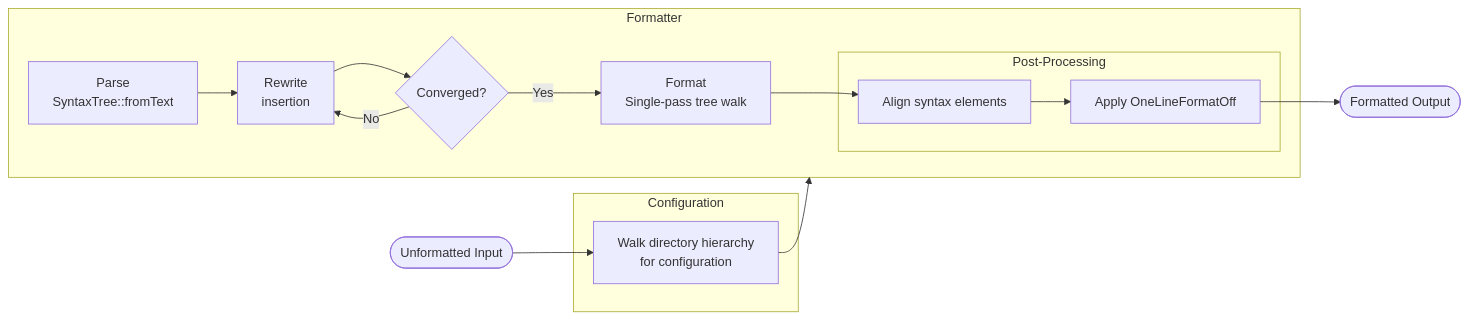
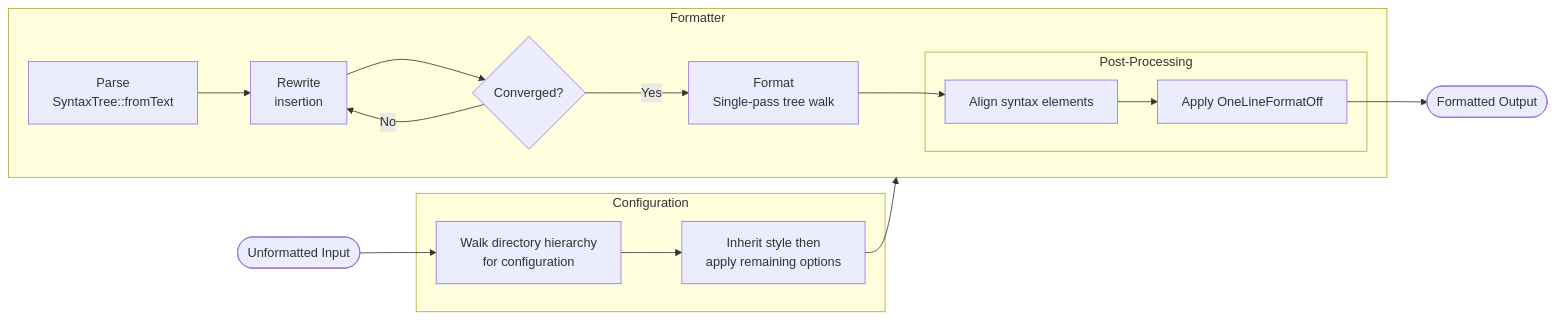
The diagram in docs/architecture.md (sstallion/slang-format), drawn with Mermaid before and after one commit. The commit also changed other lines of this file and 39 other files, not shown here.

````diff
--- a/docs/architecture.md
+++ b/docs/architecture.md
@@ -80,30 +84,32 @@
 ```mermaid
 flowchart LR
     input([Unformatted Input])
-    format_in --> formatter
+    based_on --> formatter
 
     subgraph config [Configuration]
         format_in[Walk directory hierarchy\nfor configuration]
+        based_on[Inherit style then\napply remaining options]
+        format_in --> based_on
     end
 
     subgraph formatter [Formatter]
         parse[Parse\nSyntaxTree::fromText]
         rewrite[Rewrite\ninsertion]
         converged{Converged?}
         format[Format\nSingle-pass tree walk]
 
         subgraph postprocess [Post-Processing]
             align[Align syntax elements]
             format_out[Apply OneLineFormatOff]
         end
 
         parse --> rewrite
         rewrite --> converged
         converged -- No --> rewrite
         converged -- Yes --> format
         format --> align --> format_out
     end
 
     input --> format_in
     format_out --> output([Formatted Output])
 ```
````
